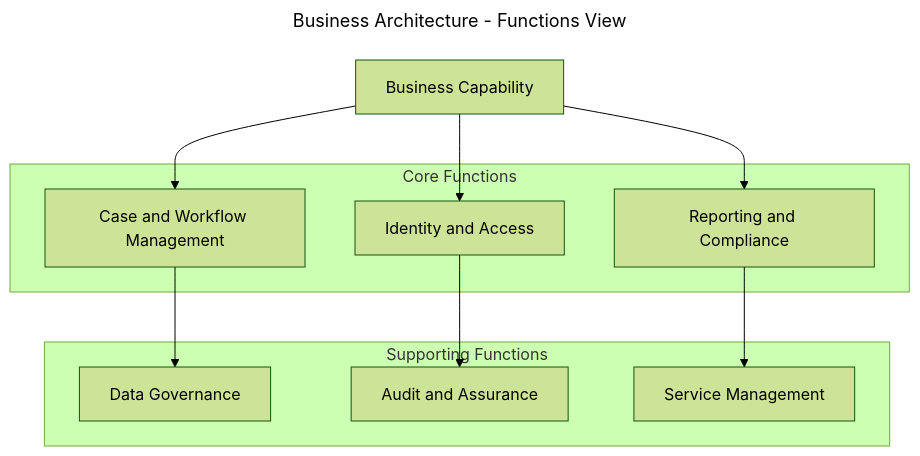
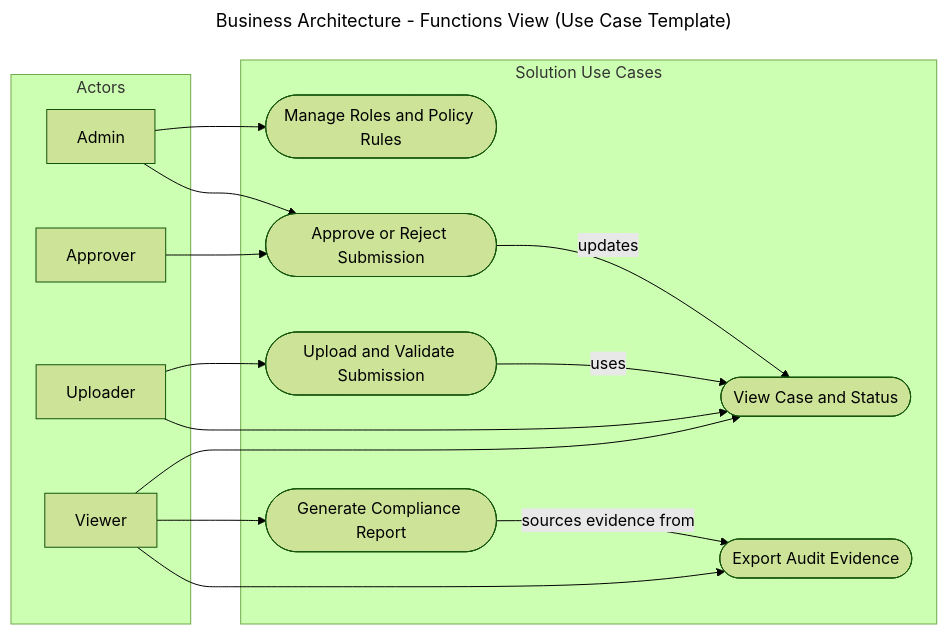
The third of 27 diagrams in docs/templates.md (LewisCM14/django_auth), drawn with Mermaid (forest theme) before and after one commit. The commit also changed other lines of this file, not shown here.

Commit message:
update template diagrams

````diff
--- a/docs/templates.md
+++ b/docs/templates.md
@@ -53,26 +83,33 @@
 ```mermaid
 ---
-title: Business Architecture - Functions View
+title: Business Architecture - Functions View (Use Case Template)
 ---
-flowchart TB
-	Capability[Business Capability]
-
-	subgraph CoreFunctions[Core Functions]
-		F1[Identity and Access]
-		F2[Case and Workflow Management]
-		F3[Reporting and Compliance]
+flowchart LR
+	subgraph Actors[Actors]
+		A1[Admin]
+		A2[Approver]
+		A3[Uploader]
+		A4[Viewer]
 	end
 
-	subgraph SupportingFunctions[Supporting Functions]
-		S1[Data Governance]
-		S2[Audit and Assurance]
-		S3[Service Management]
+	subgraph UseCases[Solution Use Cases]
+		U1([Manage Roles and Policy Rules])
+		U2([Upload and Validate Submission])
+		U3([Approve or Reject Submission])
+		U4([View Case and Status])
+		U5([Generate Compliance Report])
+		U6([Export Audit Evidence])
 	end
 
-	Capability --> F1
-	Capability --> F2
-	Capability --> F3
-	F1 --> S2
-	F2 --> S1
-	F3 --> S3
+	A1 --> U1
+	A1 --> U3
+	A2 --> U3
+	A3 --> U2
+	A3 --> U4
+	A4 --> U4
+	A4 --> U5
+	A4 --> U6
+	U2 -->|uses| U4
+	U3 -->|updates| U4
+	U5 -->|sources evidence from| U6
 ```
````
